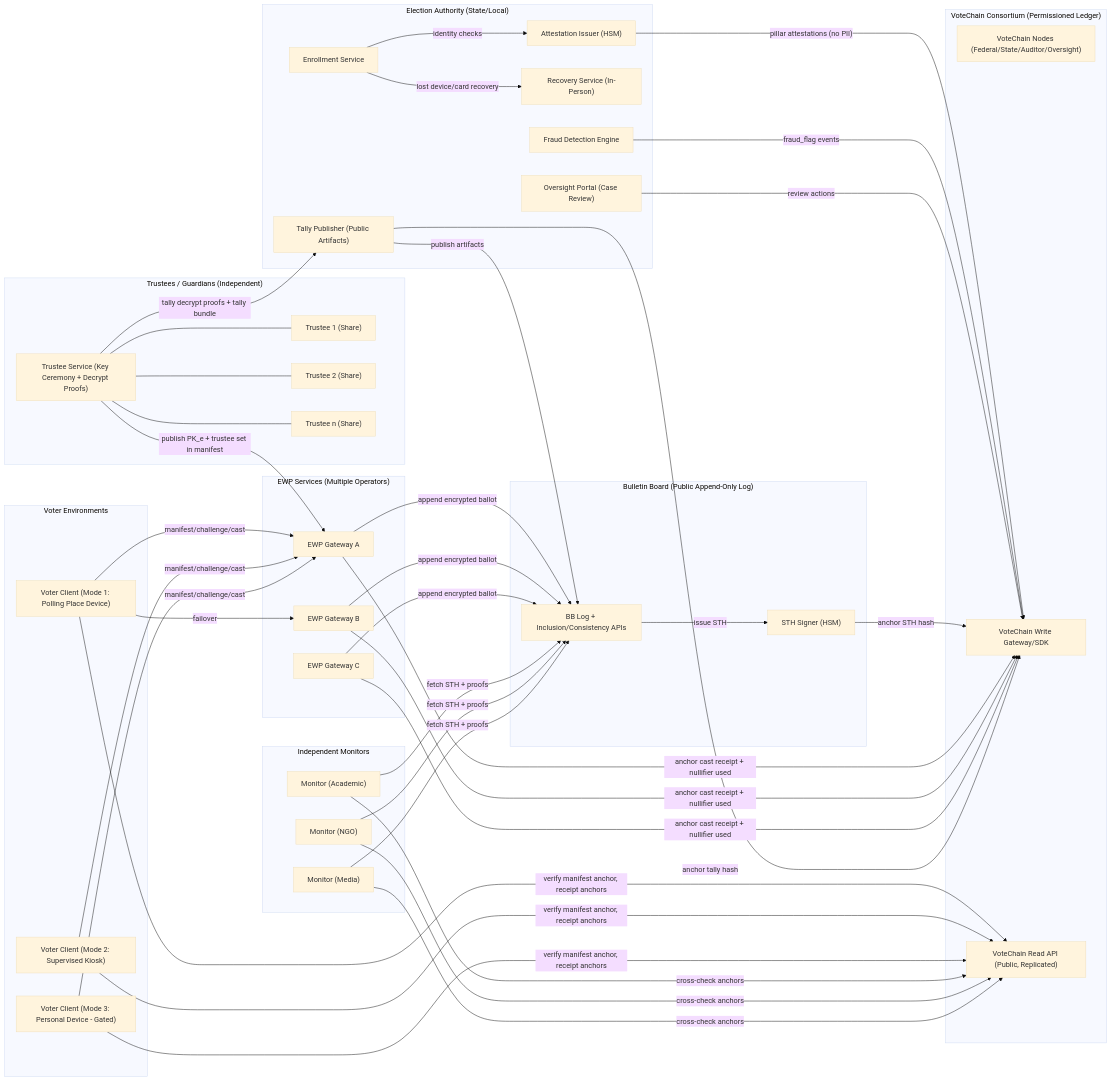
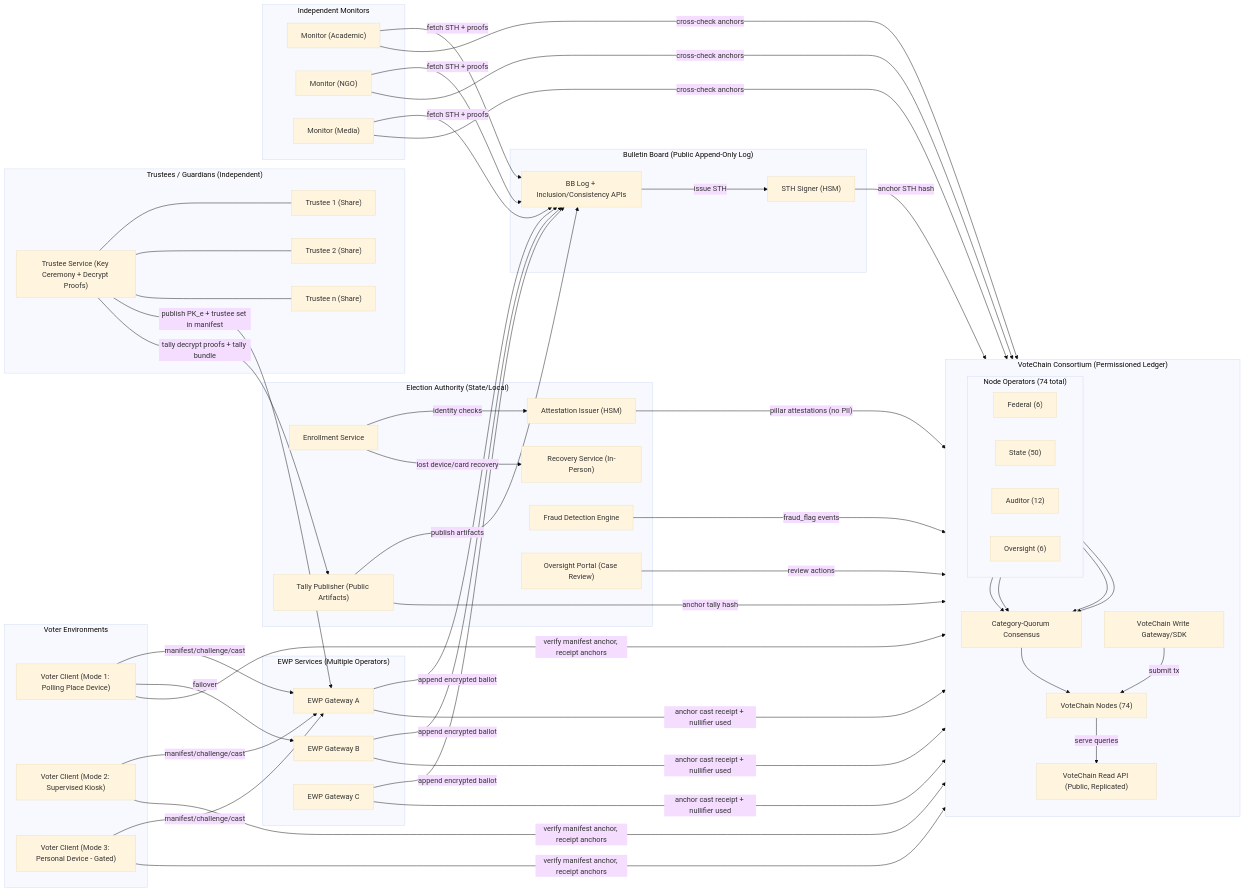
One commit to AbsurdityIndex/absurdityindex.org changed the diagram in docs/votechain-architecture.md. Above: the diagram before and after it, drawn with Mermaid (base theme). The commit also changed other lines of this file and 6 other files, not shown here.

```diff
--- a/docs/votechain-architecture.md
+++ b/docs/votechain-architecture.md
@@ -111,9 +111,27 @@
 
   %% VoteChain consortium
   subgraph VCL["VoteChain Consortium (Permissioned Ledger)"]
-    VCLN["VoteChain Nodes (Federal/State/Auditor/Oversight)"]
+    direction TB
+    subgraph VCL_OPS["Node Operators (74 total)"]
+      direction LR
+      VF["Federal (6)"]
+      VS["State (50)"]
+      VA["Auditor (12)"]
+      VO["Oversight (6)"]
+    end
+
+    VCLCQ["Category-Quorum Consensus"]
+    VCLN["VoteChain Nodes (74)"]
     VCLW["VoteChain Write Gateway/SDK"]
     VCLR["VoteChain Read API (Public, Replicated)"]
+
+    VF --> VCLCQ
+    VS --> VCLCQ
+    VA --> VCLCQ
+    VO --> VCLCQ
+    VCLCQ --> VCLN
+    VCLW -->|submit tx| VCLN
+    VCLN -->|serve queries| VCLR
   end
 
   %% EWP services
```
